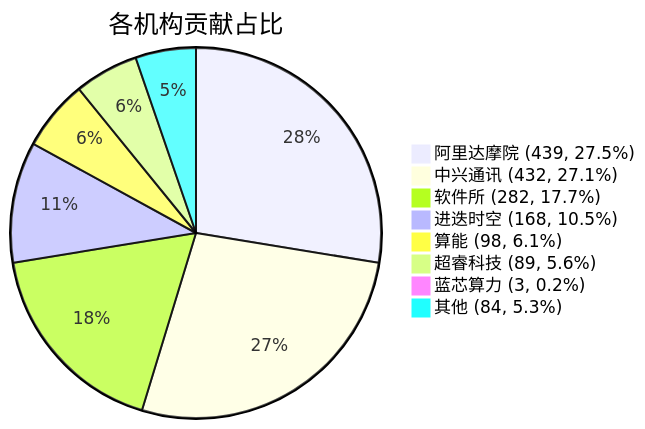
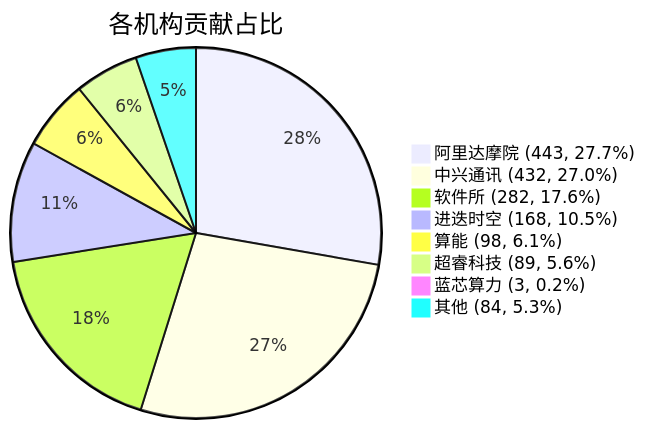
One commit to RVCK-Project/rvck changed the diagram in docs/index.md. Above: the diagram before and after it, drawn with Mermaid. The commit also changed other lines of this file and 24 other files, not shown here.

````diff
--- a/docs/index.md
+++ b/docs/index.md
@@ -40,11 +40,11 @@
 ```mermaid
 pie title 各机构贡献占比
-    "阿里达摩院 (439, 27.5%)" : 439
-    "中兴通讯 (432, 27.1%)" : 432
-    "软件所 (282, 17.7%)" : 282
+    "阿里达摩院 (443, 27.7%)" : 443
+    "中兴通讯 (432, 27.0%)" : 432
+    "软件所 (282, 17.6%)" : 282
     "进迭时空 (168, 10.5%)" : 168
     "算能 (98, 6.1%)" : 98
     "超睿科技 (89, 5.6%)" : 89
     "蓝芯算力 (3, 0.2%)" : 3
     "其他 (84, 5.3%)" : 84
 ```
````
